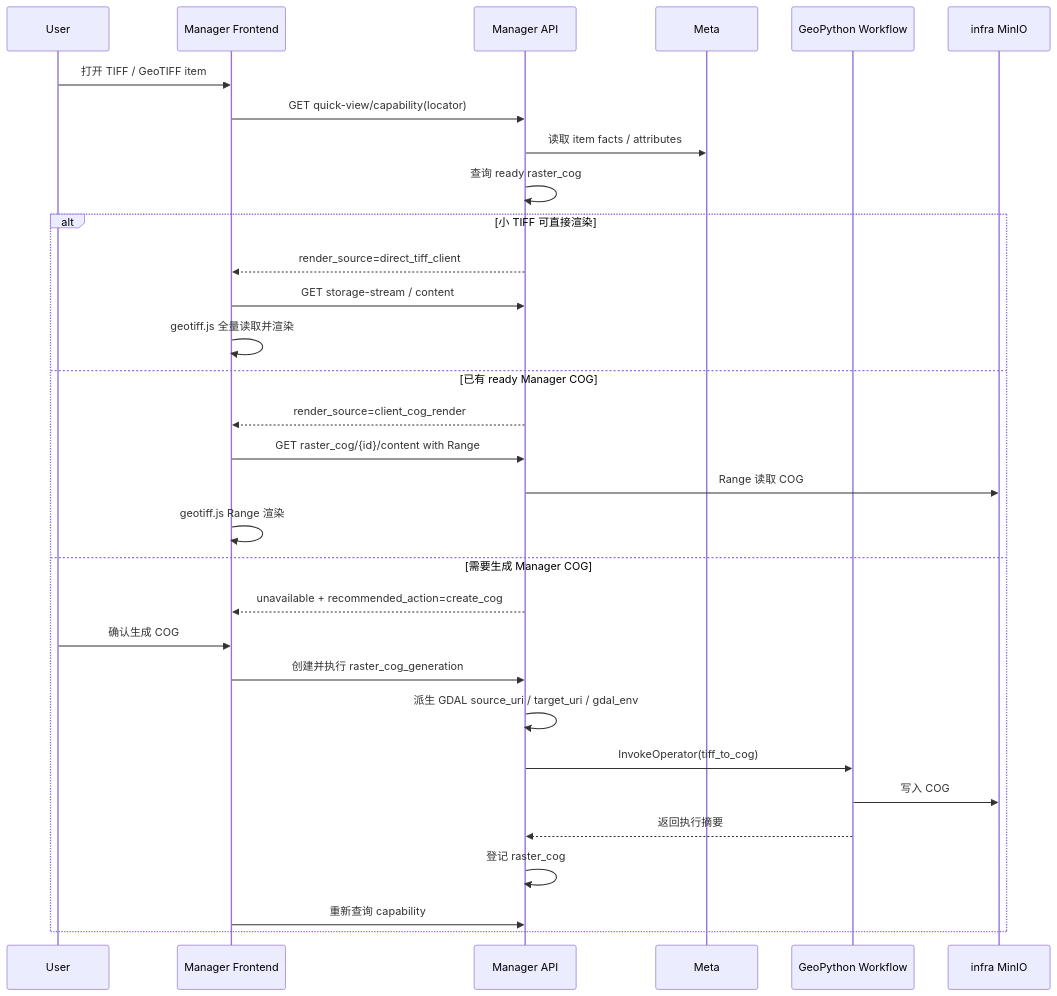
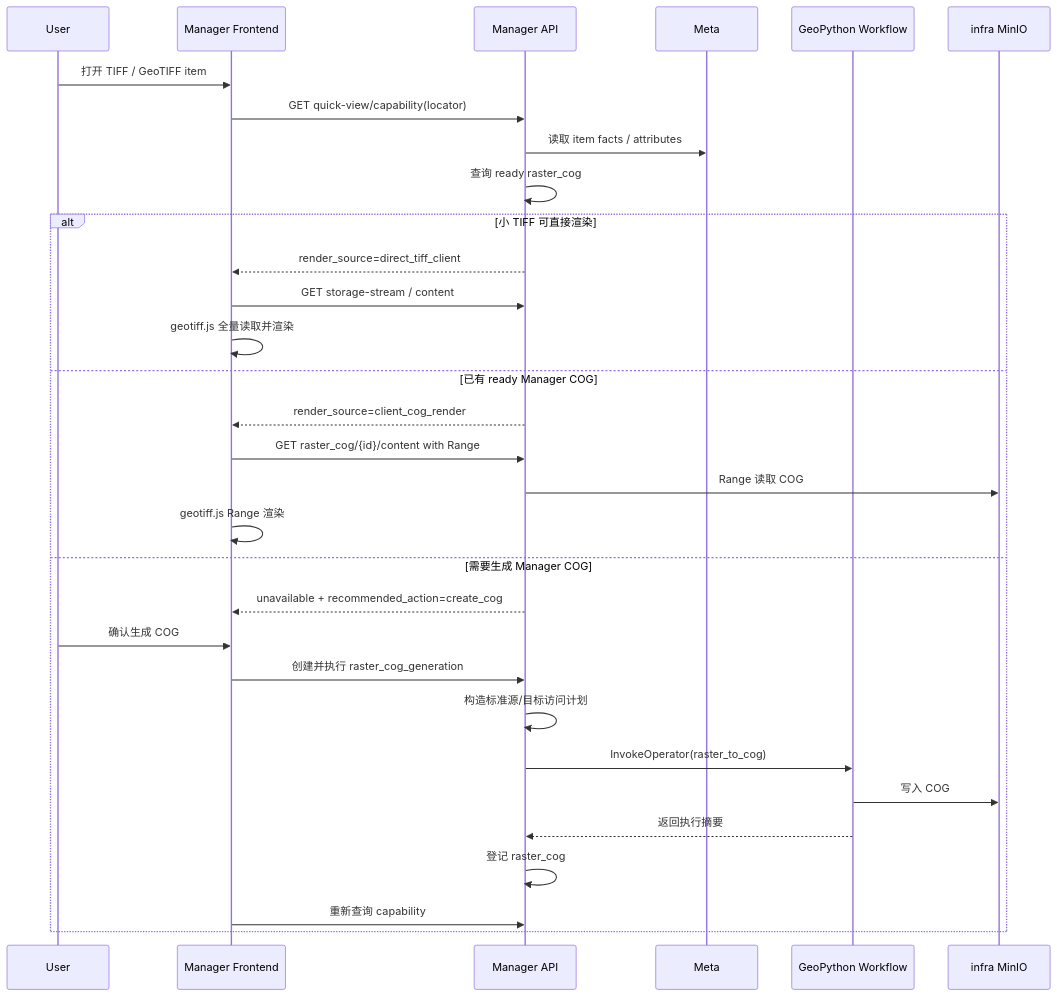
The diagram in manager/docs/快显实现规范.md (pampa0629/addp), drawn with Mermaid before and after one commit. The commit also changed other lines of this file and 145 other files, not shown here.

````diff
--- a/manager/docs/快显实现规范.md
+++ b/manager/docs/快显实现规范.md
@@ -623,35 +623,35 @@
 ```mermaid
 sequenceDiagram
     participant U as User
     participant FE as Manager Frontend
     participant M as Manager API
     participant Meta as Meta
     participant Py as GeoPython Workflow
     participant IM as infra MinIO
 
     U->>FE: 打开 TIFF / GeoTIFF item
     FE->>M: GET quick-view/capability(locator)
     M->>Meta: 读取 item facts / attributes
     M->>M: 查询 ready raster_cog
 
     alt 小 TIFF 可直接渲染
         M-->>FE: render_source=direct_tiff_client
         FE->>M: GET storage-stream / content
         FE->>FE: geotiff.js 全量读取并渲染
     else 已有 ready Manager COG
         M-->>FE: render_source=client_cog_render
         FE->>M: GET raster_cog/{id}/content with Range
         M->>IM: Range 读取 COG
         FE->>FE: geotiff.js Range 渲染
     else 需要生成 Manager COG
         M-->>FE: unavailable + recommended_action=create_cog
         U->>FE: 确认生成 COG
         FE->>M: 创建并执行 raster_cog_generation
-        M->>M: 派生 GDAL source_uri / target_uri / gdal_env
-        M->>Py: InvokeOperator(tiff_to_cog)
+        M->>M: 构造标准源/目标访问计划
+        M->>Py: InvokeOperator(raster_to_cog)
         Py->>IM: 写入 COG
         Py-->>M: 返回执行摘要
         M->>M: 登记 raster_cog
         FE->>M: 重新查询 capability
     end
 ```
````
